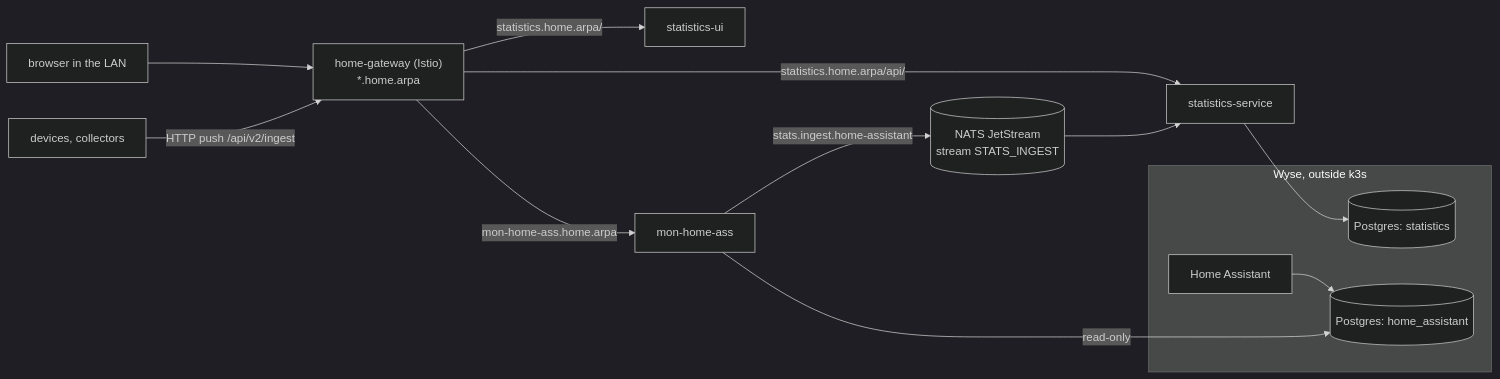
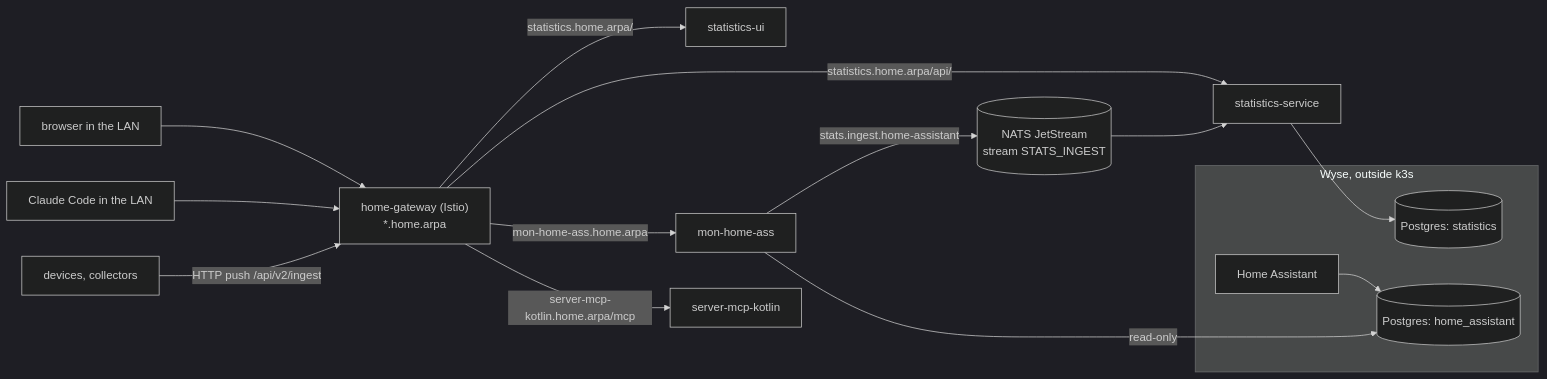
One commit to jagieloadrian/homelab-infra changed the first of 3 diagrams in docs/architecture.md. Above: the diagram before and after it, drawn with Mermaid (dark theme). The commit also changed other lines of this file, not shown here.

Commit message:
docs: show server-mcp-kotlin in the architecture overview

````diff
--- a/docs/architecture.md
+++ b/docs/architecture.md
@@ -16,16 +16,18 @@
 ```mermaid
 flowchart LR
     Browser[browser in the LAN] --> GW["home-gateway (Istio)<br/>*.home.arpa"]
     GW -->|"statistics.home.arpa/"| UI[statistics-ui]
     GW -->|"statistics.home.arpa/api/"| SS[statistics-service]
     GW -->|"mon-home-ass.home.arpa"| MHA[mon-home-ass]
+    GW -->|"server-mcp-kotlin.home.arpa/mcp"| MCP[server-mcp-kotlin]
+    Agents[Claude Code in the LAN] --> GW
     Devices[devices, collectors] -->|"HTTP push /api/v2/ingest"| GW
     MHA -->|"stats.ingest.home-assistant"| NATS[(NATS JetStream<br/>stream STATS_INGEST)]
     NATS --> SS
     subgraph wyse[Wyse, outside k3s]
         HA[Home Assistant] --> PGHA[(Postgres: home_assistant)]
         PGS[(Postgres: statistics)]
     end
     MHA -->|read-only| PGHA
     SS --> PGS
 ```
````
